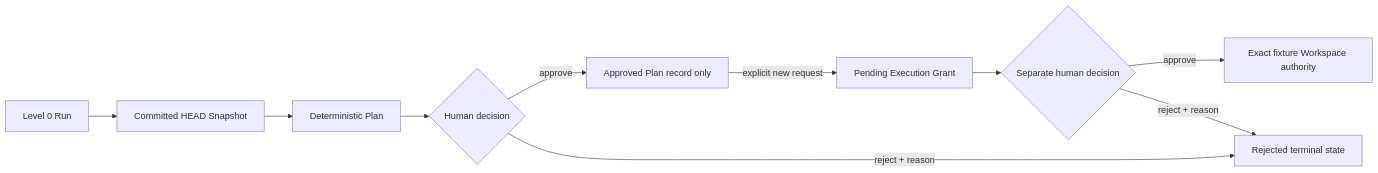
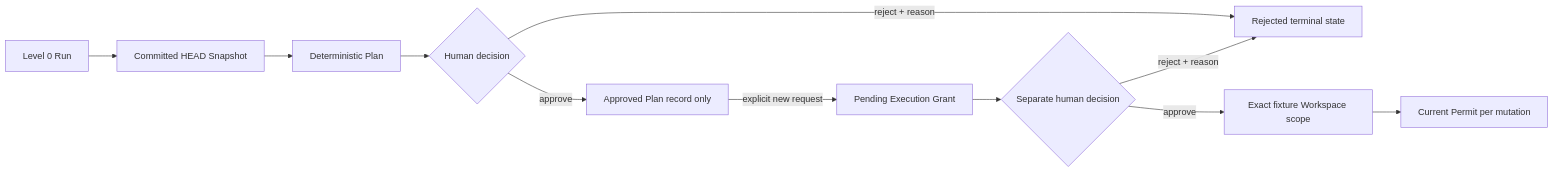
Before and after one commit to dankk0220abc-prog/visual-engineer: the diagram in docs/architecture/tool-permissions.md, drawn with Mermaid. The commit also changed other lines of this file and 67 other files, not shown here.

````diff
--- a/docs/architecture/tool-permissions.md
+++ b/docs/architecture/tool-permissions.md
@@ -86,12 +88,13 @@
 ```mermaid
 flowchart LR
     L0["Level 0 Run"] --> S["Committed HEAD Snapshot"]
     S --> P["Deterministic Plan"]
     P --> A{"Human decision"}
     A -->|"approve"| R["Approved Plan record only"]
     A -->|"reject + reason"| J["Rejected terminal state"]
     R -->|"explicit new request"| G["Pending Execution Grant"]
     G --> D{"Separate human decision"}
-    D -->|"approve"| X["Exact fixture Workspace authority"]
+    D -->|"approve"| X["Exact fixture Workspace scope"]
+    X --> P2["Current Permit per mutation"]
     D -->|"reject + reason"| J
 ```
````
